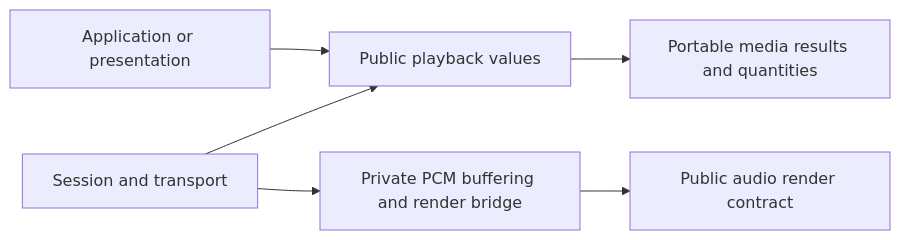
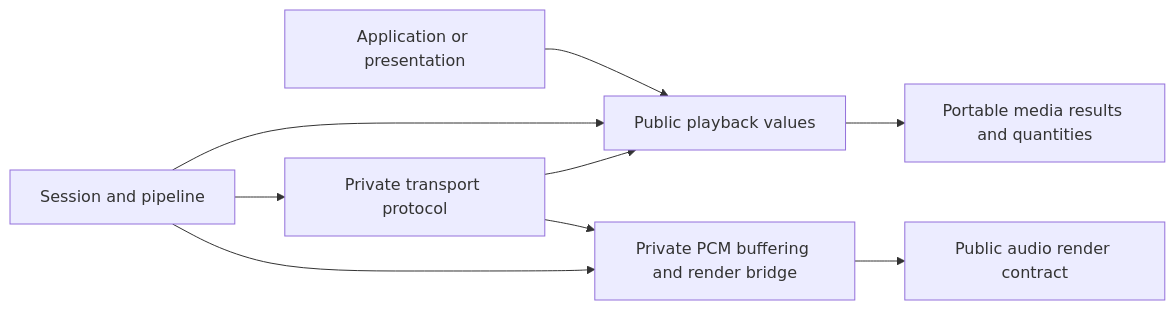
Before and after one commit to Vokerlee/wiola-player: the diagram in src/core/playback/README.md, drawn with Mermaid. The commit also changed other lines of this file and 42 other files, not shown here.

````diff
--- a/src/core/playback/README.md
+++ b/src/core/playback/README.md
@@ -5,8 +5,11 @@
 ```mermaid
 flowchart LR
     Presentation[Application or presentation] --> API[Public playback values]
-    Session[Session and transport] --> API
+    Session[Session and pipeline] --> API
+    Session --> Transport[Private transport protocol]
+    Transport --> API
+    Transport --> Buffer
     Session --> Buffer[Private PCM buffering and render bridge]
     Buffer --> Audio[Public audio render contract]
     API --> Media[Portable media results and quantities]
 ```
````
